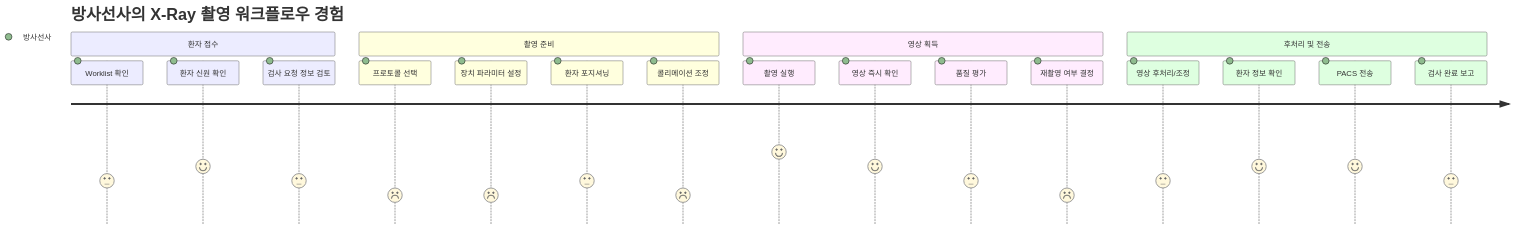
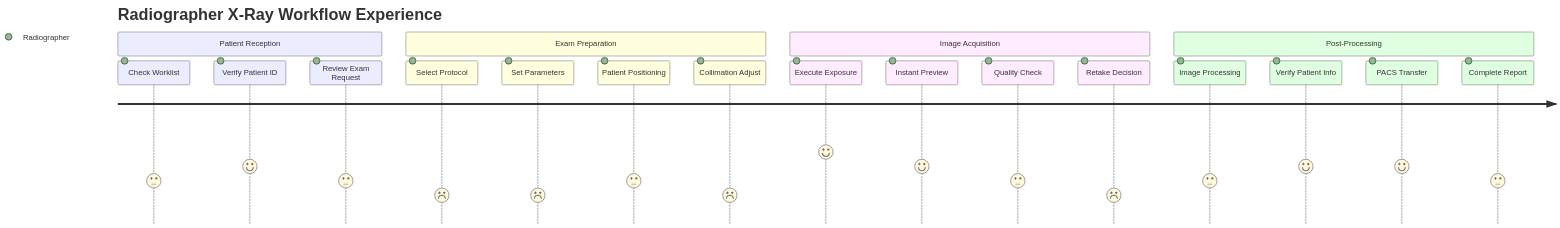
The third of 7 diagrams in docs/planning/DOC-001_MRD_v2.0.md (holee9/console-gui), drawn with Mermaid before and after one commit. The commit also changed other lines of this file, not shown here.

First line of the commit message:
Fix mermaid chart rendering: replace Korean labels with English

````diff
--- a/docs/planning/DOC-001_MRD_v2.0.md
+++ b/docs/planning/DOC-001_MRD_v2.0.md
@@ -503,23 +503,23 @@
 ```mermaid
 journey
-    title 방사선사의 X-Ray 촬영 워크플로우 경험
-    section 환자 접수
-      Worklist 확인: 3: 방사선사
-      환자 신원 확인: 4: 방사선사
-      검사 요청 정보 검토: 3: 방사선사
-    section 촬영 준비
-      프로토콜 선택: 2: 방사선사
-      장치 파라미터 설정: 2: 방사선사
-      환자 포지셔닝: 3: 방사선사
-      콜리메이션 조정: 2: 방사선사
-    section 영상 획득
-      촬영 실행: 5: 방사선사
-      영상 즉시 확인: 4: 방사선사
-      품질 평가: 3: 방사선사
-      재촬영 여부 결정: 2: 방사선사
-    section 후처리 및 전송
-      영상 후처리/조정: 3: 방사선사
-      환자 정보 확인: 4: 방사선사
-      PACS 전송: 4: 방사선사
-      검사 완료 보고: 3: 방사선사
+    title Radiographer X-Ray Workflow Experience
+    section Patient Reception
+      Check Worklist: 3: Radiographer
+      Verify Patient ID: 4: Radiographer
+      Review Exam Request: 3: Radiographer
+    section Exam Preparation
+      Select Protocol: 2: Radiographer
+      Set Parameters: 2: Radiographer
+      Patient Positioning: 3: Radiographer
+      Collimation Adjust: 2: Radiographer
+    section Image Acquisition
+      Execute Exposure: 5: Radiographer
+      Instant Preview: 4: Radiographer
+      Quality Check: 3: Radiographer
+      Retake Decision: 2: Radiographer
+    section Post-Processing
+      Image Processing: 3: Radiographer
+      Verify Patient Info: 4: Radiographer
+      PACS Transfer: 4: Radiographer
+      Complete Report: 3: Radiographer
 ```
````
